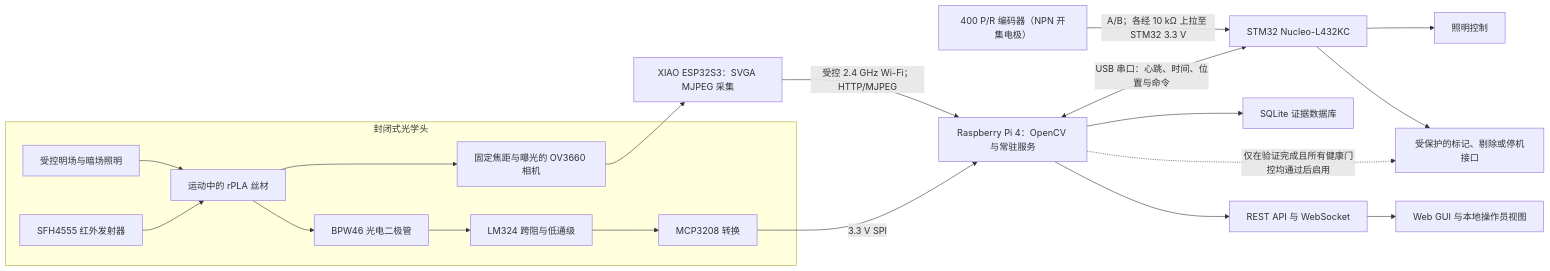
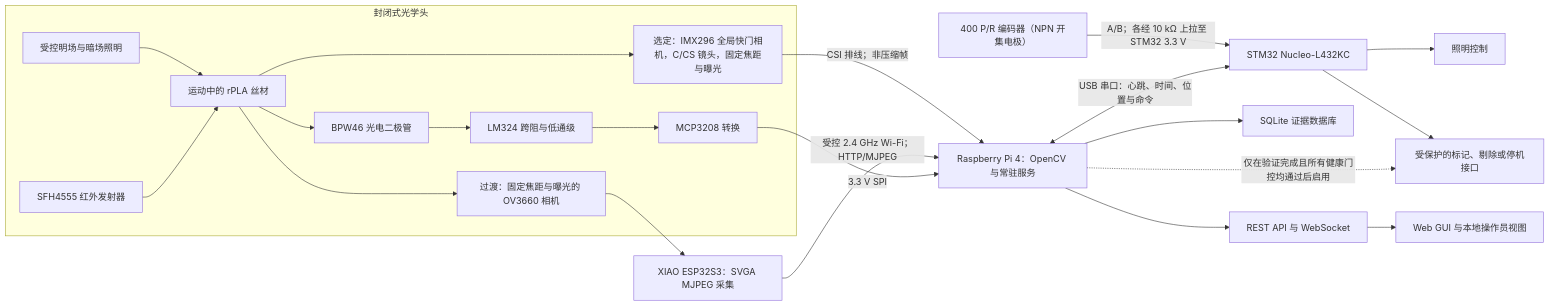
One commit to wxy331-hub/eng5105-rpla-surface-quality changed the first of 3 diagrams in paper_rewriting_output/ENG5105_Proposal_Design_Report_ZH.md. Above: the diagram before and after it, drawn with Mermaid. The commit also changed other lines of this file and 6 other files, not shown here.

````diff
--- a/paper_rewriting_output/ENG5105_Proposal_Design_Report_ZH.md
+++ b/paper_rewriting_output/ENG5105_Proposal_Design_Report_ZH.md
@@ -216,26 +216,29 @@
 ```mermaid
 flowchart LR
     subgraph OH["封闭式光学头"]
         F["运动中的 rPLA 丝材"]
         L["受控明场与暗场照明"]
-        C["固定焦距与曝光的 OV3660 相机"]
+        CA["选定：IMX296 全局快门相机，C/CS 镜头，固定焦距与曝光"]
+        CB["过渡：固定焦距与曝光的 OV3660 相机"]
         IR["SFH4555 红外发射器"]
         PD["BPW46 光电二极管"]
         AF["LM324 跨阻与低通级"]
         ADC["MCP3208 转换"]
-        F --> C
+        F --> CA
+        F --> CB
         L --> F
         IR --> F --> PD --> AF --> ADC
     end
-    C --> E["XIAO ESP32S3：SVGA MJPEG 采集"]
-    E -->|"受控 2.4 GHz Wi-Fi；HTTP/MJPEG"| P["Raspberry Pi 4：OpenCV 与常驻服务"]
+    CA -->|"CSI 排线；非压缩帧"| P["Raspberry Pi 4：OpenCV 与常驻服务"]
+    CB --> E["XIAO ESP32S3：SVGA MJPEG 采集"]
+    E -->|"受控 2.4 GHz Wi-Fi；HTTP/MJPEG"| P
     ADC -->|"3.3 V SPI"| P
     EN["400 P/R 编码器（NPN 开集电极）"] -->|"A/B；各经 10 kΩ 上拉至 STM32 3.3 V"| S["STM32 Nucleo-L432KC"]
     P <-->|"USB 串口：心跳、时间、位置与命令"| S
     P --> D["SQLite 证据数据库"]
     P --> A["REST API 与 WebSocket"]
     A --> G["Web GUI 与本地操作员视图"]
     S --> LC["照明控制"]
     S --> O["受保护的标记、剔除或停机接口"]
     P -. "仅在验证完成且所有健康门控均通过后启用" .-> O
 ```
````
